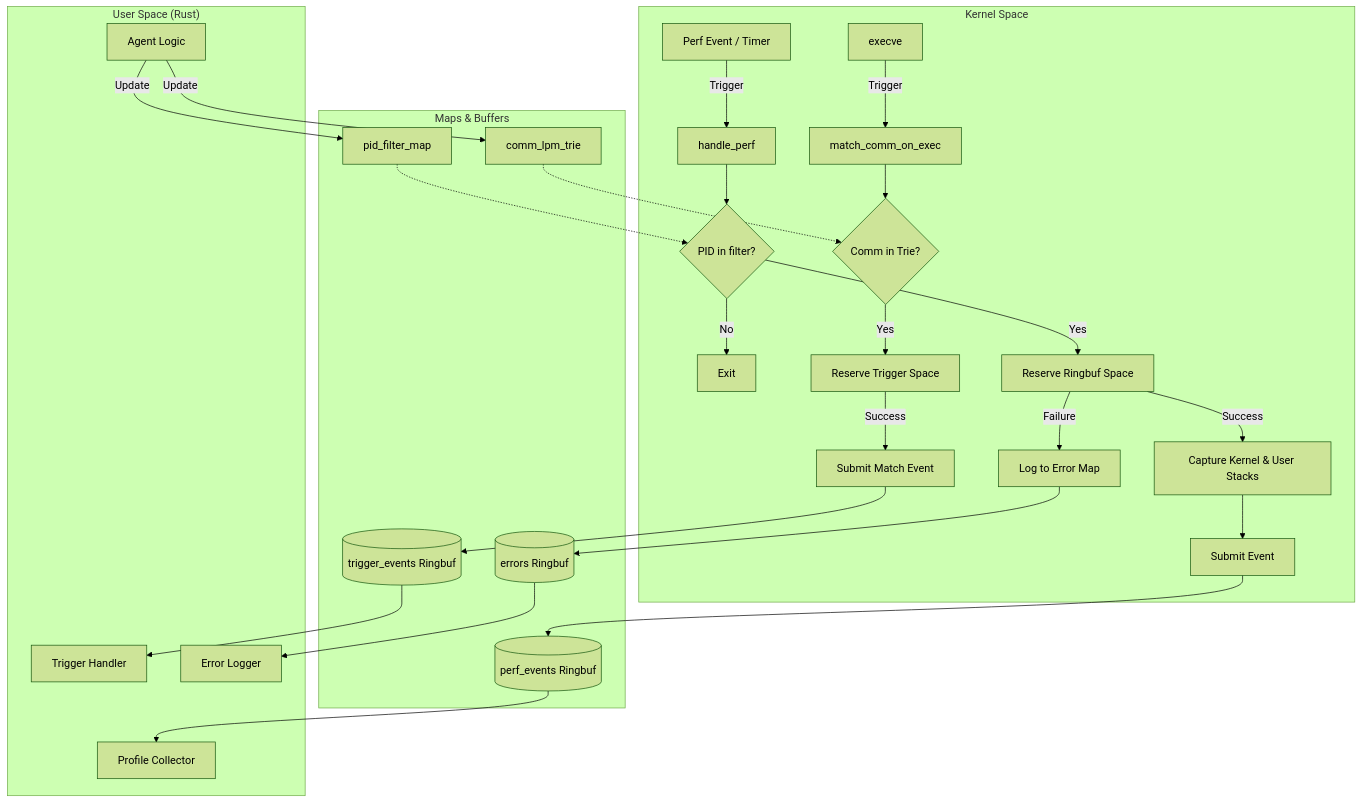
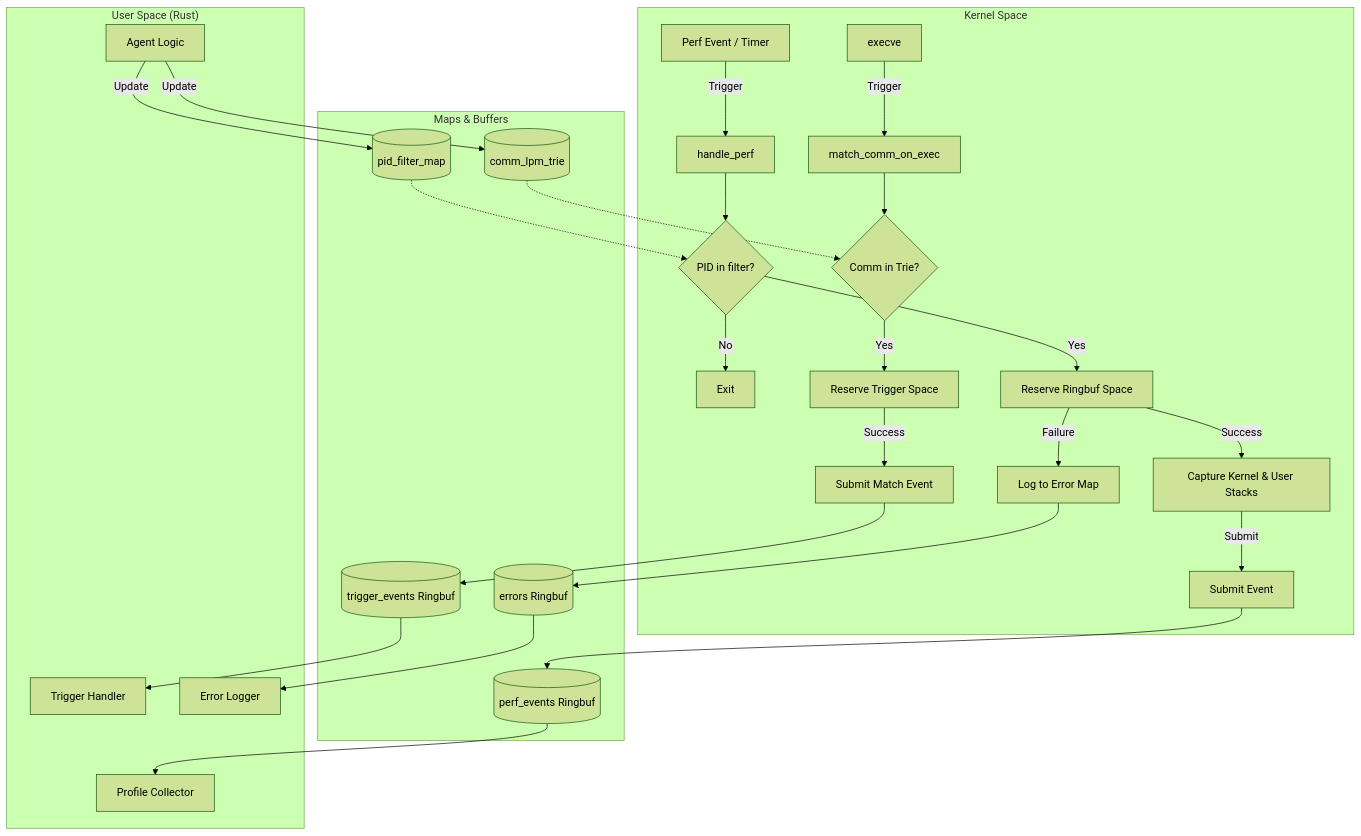
The diagram in docs/ebpf.qmd (sugarraysam/bistouri), drawn with Mermaid (forest theme) before and after one commit. The commit also changed other lines of this file and 3 other files, not shown here.

````diff
--- a/docs/ebpf.qmd
+++ b/docs/ebpf.qmd
@@ -53,35 +53,35 @@
 ```{mermaid}
 graph TD
     subgraph "Kernel Space"
-        P[Perf Event / Timer] -->|Trigger| H[handle_perf]
-        E[execve] -->|Trigger| M[match_comm_on_exec]
+        P["Perf Event / Timer"] -->|"Trigger"| H["handle_perf"]
+        E["execve"] -->|"Trigger"| M["match_comm_on_exec"]
 
-        H --> L1{PID in filter?}
-        L1 -- No --> Exit
-        L1 -- Yes --> R1[Reserve Ringbuf Space]
+        H --> L1{"PID in filter?"}
+        L1 -->|"No"| Exit["Exit"]
+        L1 -->|"Yes"| R1["Reserve Ringbuf Space"]
 
-        R1 -- Success --> S[Capture Kernel & User Stacks]
-        S --> Sub[Submit Event]
-        R1 -- Failure --> Err[Log to Error Map]
+        R1 -->|"Success"| S["Capture Kernel & User Stacks"]
+        S -->|"Submit"| Sub["Submit Event"]
+        R1 -->|"Failure"| Err["Log to Error Map"]
 
-        M --> L2{Comm in Trie?}
-        L2 -- Yes --> R2[Reserve Trigger Space]
-        R2 -- Success --> Sub2[Submit Match Event]
+        M --> L2{"Comm in Trie?"}
+        L2 -->|"Yes"| R2["Reserve Trigger Space"]
+        R2 -->|"Success"| Sub2["Submit Match Event"]
     end
 
     subgraph "Maps & Buffers"
-        Sub --> RB1[(perf_events Ringbuf)]
-        Sub2 --> RB2[(trigger_events Ringbuf)]
-        Err --> RB3[(errors Ringbuf)]
-        T[comm_lpm_trie] -.-> L2
-        F[pid_filter_map] -.-> L1
+        Sub --> RB1[("perf_events Ringbuf")]
+        Sub2 --> RB2[("trigger_events Ringbuf")]
+        Err --> RB3[("errors Ringbuf")]
+        T[("comm_lpm_trie")] -.-> L2
+        F[("pid_filter_map")] -.-> L1
     end
 
     subgraph "User Space (Rust)"
-        RB1 --> Reader1[Profile Collector]
-        RB2 --> Reader2[Trigger Handler]
-        RB3 --> Reader3[Error Logger]
-        Control[Agent Logic] -->|Update| F
-        Control -->|Update| T
+        RB1 --> Reader1["Profile Collector"]
+        RB2 --> Reader2["Trigger Handler"]
+        RB3 --> Reader3["Error Logger"]
+        Control["Agent Logic"] -->|"Update"| F
+        Control -->|"Update"| T
     end
 ```
````
